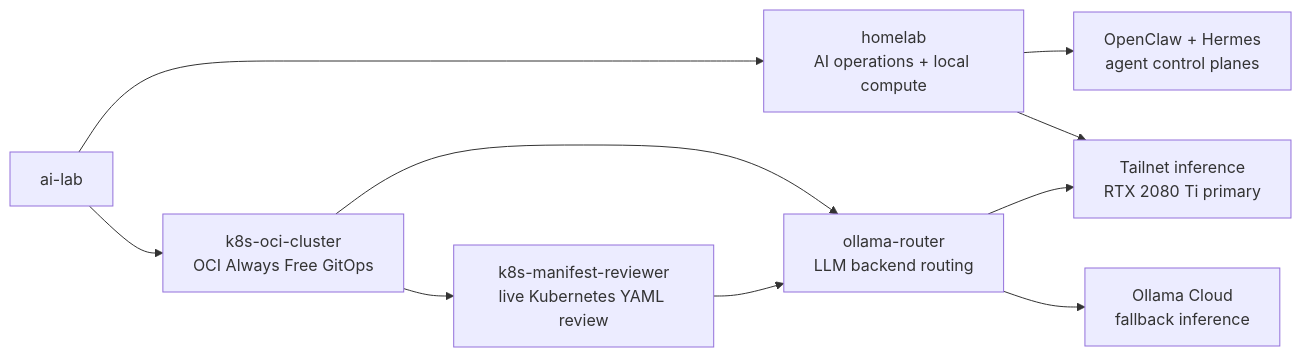
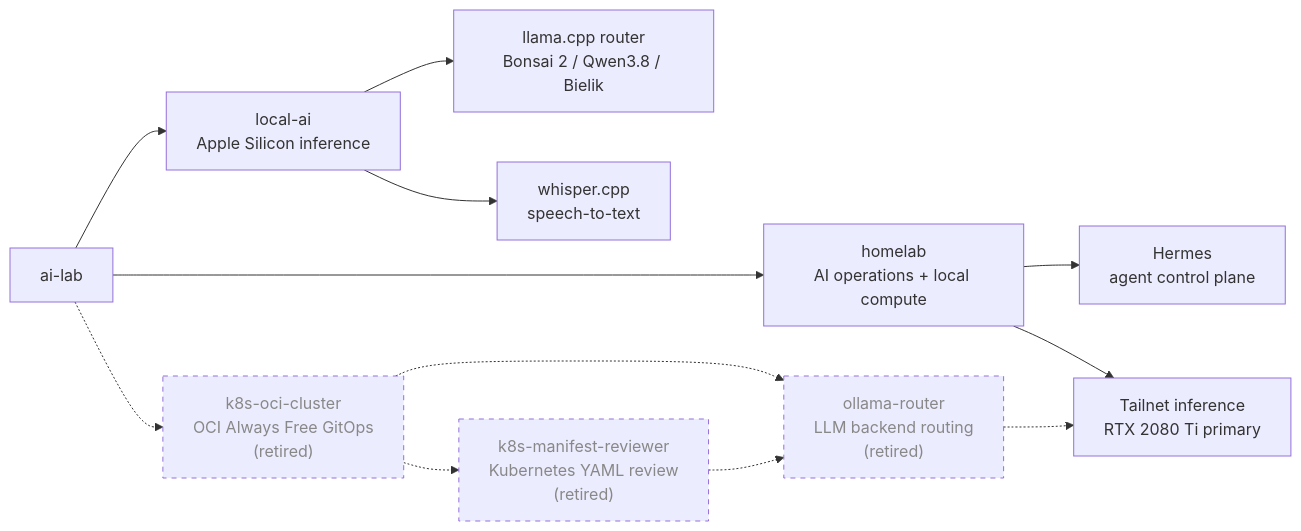
One commit to maslankalm/ai-lab changed the diagram in README.md. Above: the diagram before and after it, drawn with Mermaid. The commit also changed other lines of this file and 27 other files, not shown here.

First line of the commit message:
docs: add local-ai (Apple Silicon llama.cpp + whisper), mark OCI cluster and agent extras retired

````diff
--- a/README.md
+++ b/README.md
@@ -15,22 +9,28 @@
 ```mermaid
 flowchart LR
     REPO["ai-lab"]
     HOMELAB["homelab<br/>AI operations + local compute"]
-    K8S["k8s-oci-cluster<br/>OCI Always Free GitOps"]
-    REVIEWER["k8s-manifest-reviewer<br/>live Kubernetes YAML review"]
-    ROUTER["ollama-router<br/>LLM backend routing"]
-    CLOUDLLM["Ollama Cloud<br/>fallback inference"]
-
-    AGENTS["OpenClaw + Hermes<br/>agent control planes"]
+    LOCALAI["local-ai<br/>Apple Silicon inference"]
+    MACLLM["llama.cpp router<br/>Bonsai 2 / Qwen3.8 / Bielik"]
+    STT["whisper.cpp<br/>speech-to-text"]
+    AGENTS["Hermes<br/>agent control plane"]
     LAB["Tailnet inference<br/>RTX 2080 Ti primary"]
+    K8S["k8s-oci-cluster<br/>OCI Always Free GitOps<br/>(retired)"]
+    REVIEWER["k8s-manifest-reviewer<br/>Kubernetes YAML review<br/>(retired)"]
+    ROUTER["ollama-router<br/>LLM backend routing<br/>(retired)"]
 
     REPO --> HOMELAB
-    REPO --> K8S
-    K8S --> REVIEWER
-    K8S --> ROUTER
+    REPO --> LOCALAI
+    REPO -.-> K8S
     HOMELAB --> AGENTS
     HOMELAB --> LAB
-    REVIEWER --> ROUTER
-    ROUTER --> LAB
-    ROUTER --> CLOUDLLM
+    LOCALAI --> MACLLM
+    LOCALAI --> STT
+    K8S -.-> REVIEWER
+    K8S -.-> ROUTER
+    REVIEWER -.-> ROUTER
+    ROUTER -.-> LAB
+
+    classDef retired stroke-dasharray: 5 5,color:#888
+    class K8S,REVIEWER,ROUTER retired
 ```
````
